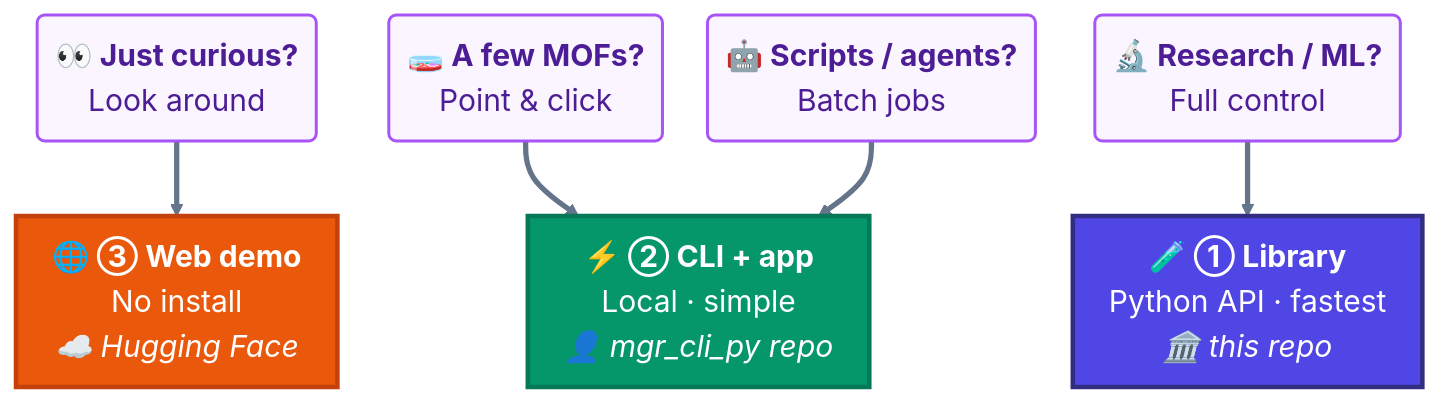
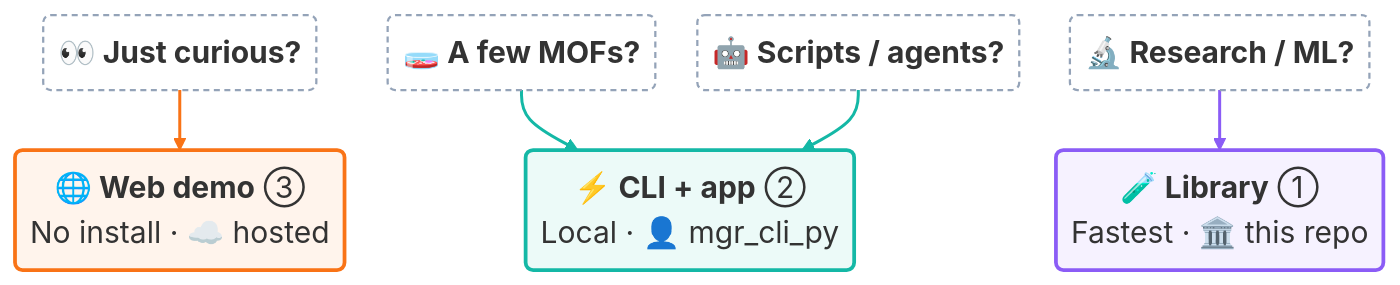
Before and after one commit to mofography/mofography: the diagram in README.md, drawn with Mermaid.

Commit message:
README: outline-style modern flowchart, two-line boxes

````diff
--- a/README.md
+++ b/README.md
@@ -43,26 +43,29 @@
 ```mermaid
-%%{init: {'theme': 'base', 'themeVariables': {'fontSize': '20px', 'fontFamily': 'Helvetica, Arial, sans-serif', 'primaryTextColor': '#0f172a', 'lineColor': '#64748b'}, 'flowchart': {'htmlLabels': true, 'curve': 'basis', 'nodeSpacing': 30, 'rankSpacing': 50, 'padding': 12}}}%%
+%%{init: {'themeVariables': {'fontSize': '20px', 'fontFamily': 'Helvetica, Arial, sans-serif'}, 'flowchart': {'htmlLabels': true, 'curve': 'basis', 'nodeSpacing': 28, 'rankSpacing': 40, 'padding': 10}}}%%
 flowchart TB
-  V("<b>👀 Just curious?</b><br/>Look around")
-  E("<b>🧫 A few MOFs?</b><br/>Point & click")
-  G("<b>🤖 Scripts / agents?</b><br/>Batch jobs")
-  R("<b>🔬 Research / ML?</b><br/>Full control")
+  V("<b>👀 Just curious?</b>")
+  E("<b>🧫 A few MOFs?</b>")
+  G("<b>🤖 Scripts / agents?</b>")
+  R("<b>🔬 Research / ML?</b>")
 
-  HF["<b>🌐 ③ Web demo</b><br/>No install<br/><i>☁️ Hugging Face</i>"]
-  CLI["<b>⚡ ② CLI + app</b><br/>Local · simple<br/><i>👤 mgr_cli_py repo</i>"]
-  LIB["<b>🧪 ① Library</b><br/>Python API · fastest<br/><i>🏛️ this repo</i>"]
+  HF("<b>🌐 Web demo</b> ③<br/>No install · ☁️ hosted")
+  CLI("<b>⚡ CLI + app</b> ②<br/>Local · 👤 mgr_cli_py")
+  LIB("<b>🧪 Library</b> ①<br/>Fastest · 🏛️ this repo")
 
-  V ==> HF
-  E ==> CLI
-  G ==> CLI
-  R ==> LIB
+  V --> HF
+  E --> CLI
+  G --> CLI
+  R --> LIB
 
-  classDef audience fill:#faf5ff,stroke:#a855f7,color:#4c1d95,stroke-width:2px
-  classDef lib fill:#4f46e5,stroke:#312e81,color:#ffffff,stroke-width:3px
-  classDef cli fill:#059669,stroke:#047857,color:#ffffff,stroke-width:3px
-  classDef hf fill:#ea580c,stroke:#c2410c,color:#ffffff,stroke-width:3px
-  class V,E,G,R audience
+  classDef ask fill:transparent,stroke:#94a3b8,stroke-width:1.5px,stroke-dasharray:4 3
+  classDef hf fill:#f9731614,stroke:#f97316,stroke-width:2.5px
+  classDef cli fill:#14b8a614,stroke:#14b8a6,stroke-width:2.5px
+  classDef lib fill:#8b5cf614,stroke:#8b5cf6,stroke-width:2.5px
+  class V,E,G,R ask
+  class HF hf
+  class CLI cli
   class LIB lib
-  class CLI cli
-  class HF hf
+  linkStyle 0 stroke:#f97316,stroke-width:2px
+  linkStyle 1,2 stroke:#14b8a6,stroke-width:2px
+  linkStyle 3 stroke:#8b5cf6,stroke-width:2px
 ```
````
